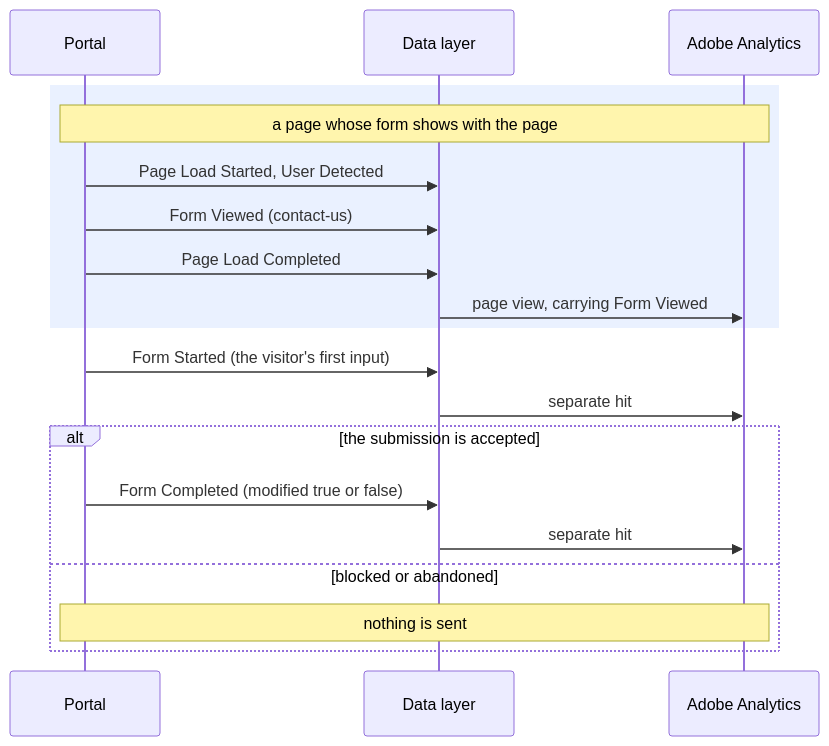
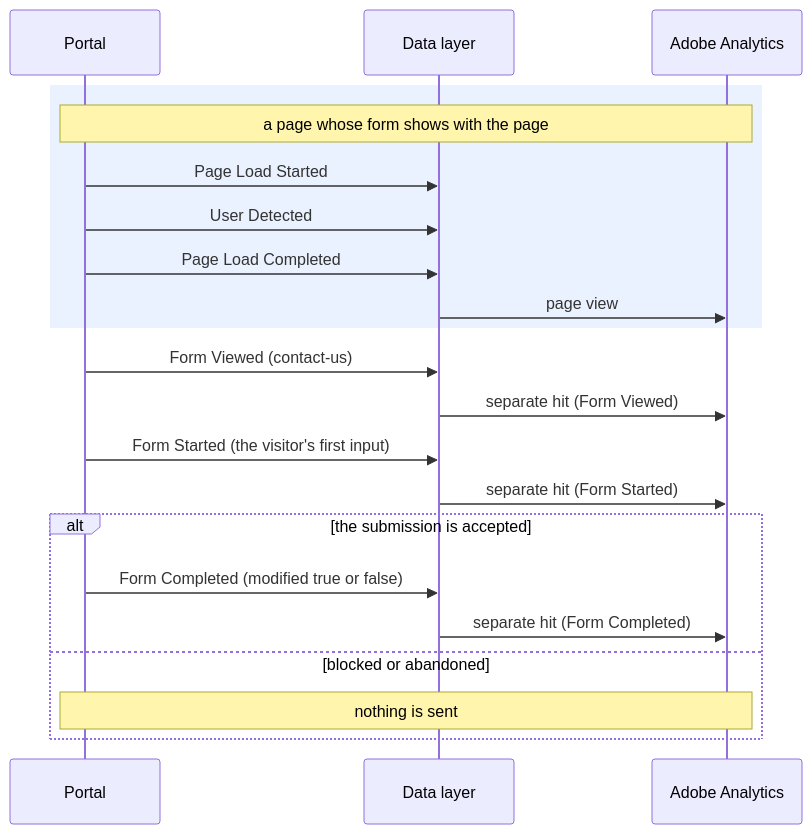
One commit to further-external/client-nyl-gmad-dl-spec changed the diagram in events/form-completed.md. Above: the diagram before and after it, drawn with Mermaid. The commit also changed other lines of this file and 6 other files, not shown here.

````diff
--- a/events/form-completed.md
+++ b/events/form-completed.md
@@ -35,21 +35,23 @@
 ```mermaid
 sequenceDiagram
   participant UI as Portal
   participant DL as Data layer
   participant AA as Adobe Analytics
   rect rgba(80,140,255,0.12)
     Note over UI,AA: a page whose form shows with the page
-    UI->>DL: Page Load Started, User Detected
-    UI->>DL: Form Viewed (contact-us)
+    UI->>DL: Page Load Started
+    UI->>DL: User Detected
     UI->>DL: Page Load Completed
-    DL->>AA: page view, carrying Form Viewed
+    DL->>AA: page view
   end
+  UI->>DL: Form Viewed (contact-us)
+  DL->>AA: separate hit (Form Viewed)
   UI->>DL: Form Started (the visitor's first input)
-  DL->>AA: separate hit
+  DL->>AA: separate hit (Form Started)
   alt the submission is accepted
     UI->>DL: Form Completed (modified true or false)
-    DL->>AA: separate hit
+    DL->>AA: separate hit (Form Completed)
   else blocked or abandoned
     Note over UI,AA: nothing is sent
   end
 ```
````
